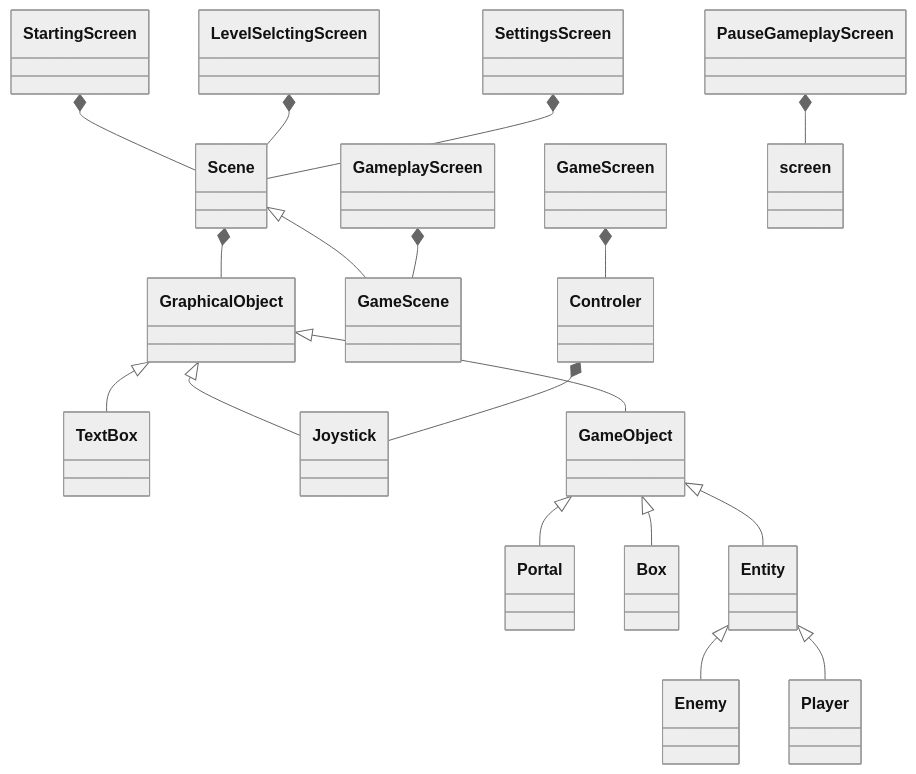
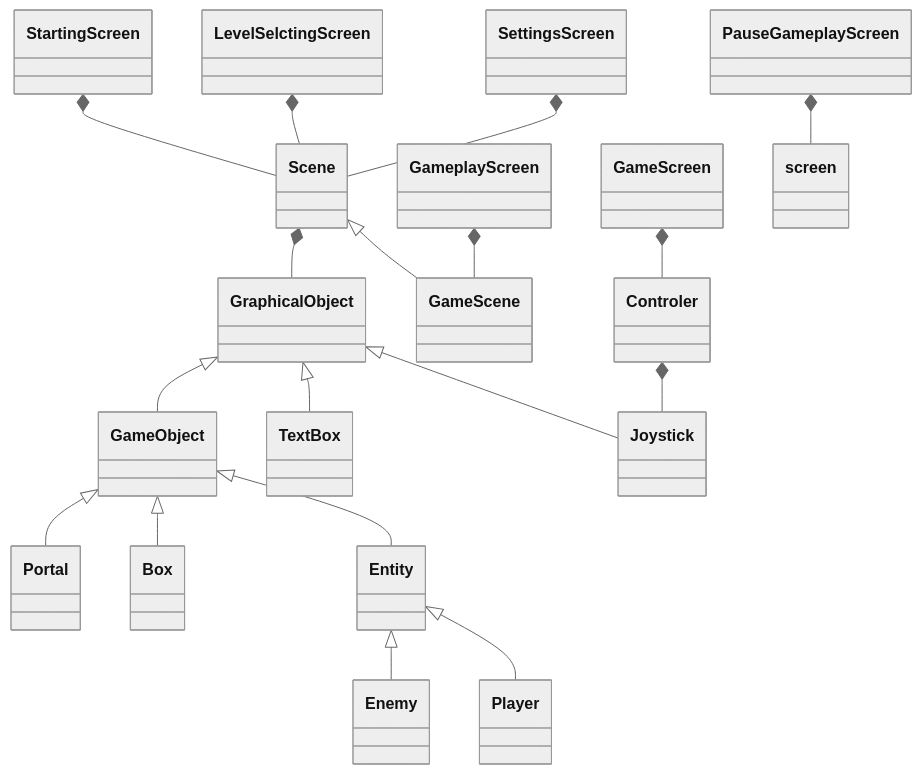
Before and after one commit to dRoycon/HS_SoftwareEngineeringProject: the diagram in planning_class_structure/README.md, drawn with Mermaid (neutral theme). The commit also changed other lines of this file, not shown here.

````diff
--- a/planning_class_structure/README.md
+++ b/planning_class_structure/README.md
@@ -3,29 +3,29 @@
 ``` mermaid
 classDiagram
+    GraphicalObject <|-- GameObject
     GraphicalObject <|-- TextBox
     GraphicalObject <|-- Joystick
-    GraphicalObject <|-- GameObject
 
     GameObject <|-- Portal
     GameObject <|-- Box
     GameObject <|-- Entity
 
     Entity <|-- Enemy
     Entity <|-- Player
 
     Scene *-- GraphicalObject
     Scene <|-- GameScene
 
     Controler *-- Joystick
 
     GameplayScreen *-- GameScene
     GameScreen *-- Controler
 
     StartingScreen *-- Scene
 
     LevelSelctingScreen *-- Scene
     SettingsScreen *-- Scene
     PauseGameplayScreen *-- screen
 
 
 ```
````
